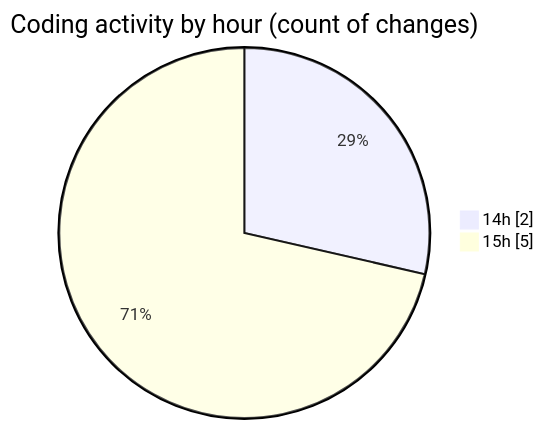
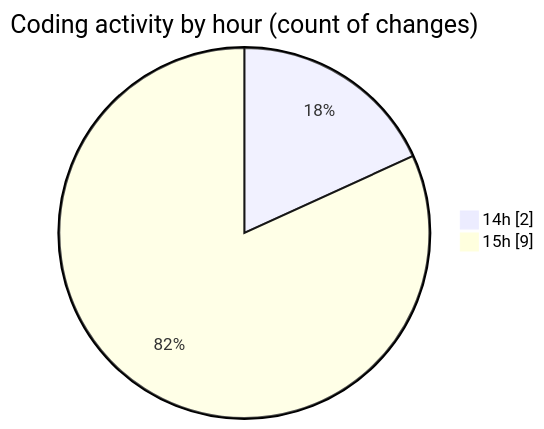
The second of 2 diagrams in 2025-08-05/cda/README.md (momahboobian/code-tracking), drawn with Mermaid before and after one commit. The commit also changed other lines of this file and 1 other file, not shown here.

````diff
--- a/2025-08-05/cda/README.md
+++ b/2025-08-05/cda/README.md
@@ -28,6 +28,6 @@
 ```mermaid
 pie showData
 title Coding activity by hour (count of changes)
 "14h" : 2
-"15h" : 5
+"15h" : 9
 ```
````
